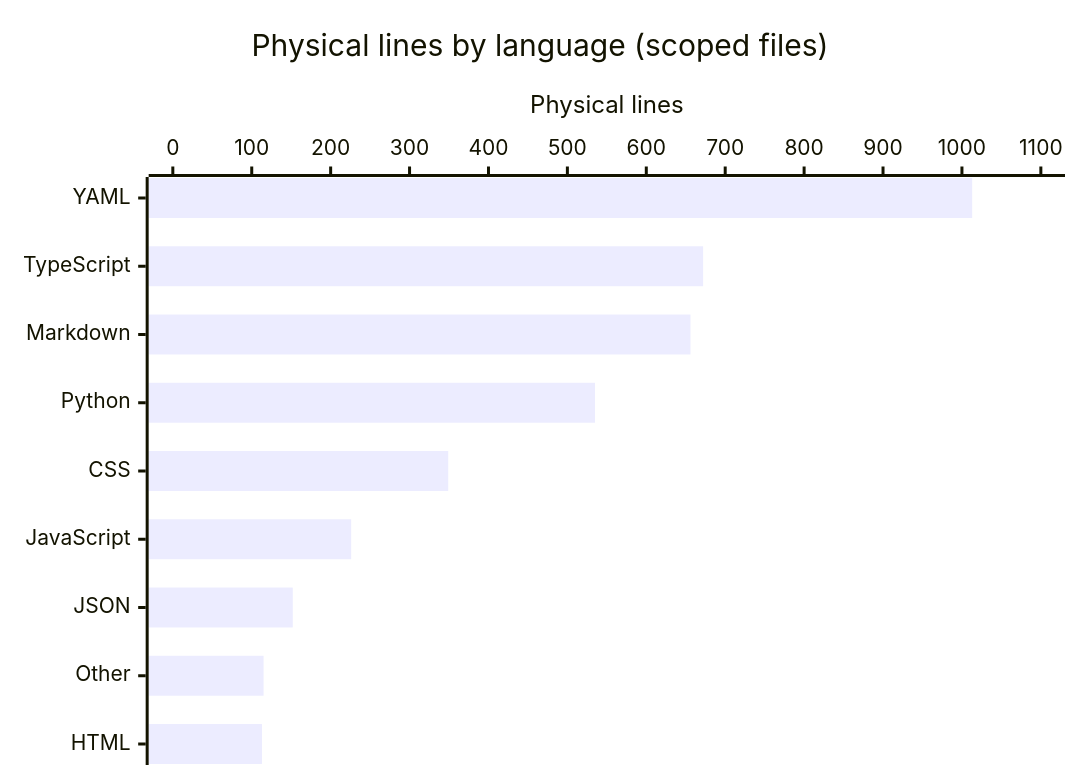
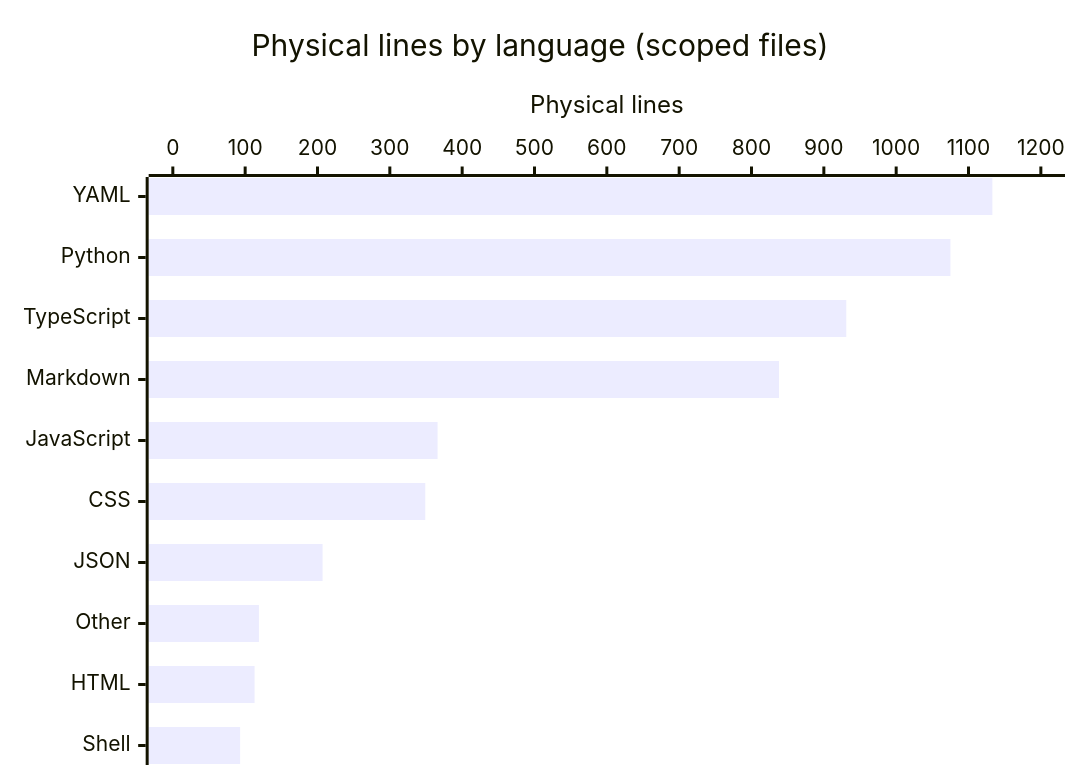
The diagram in droid-wiki/by-the-numbers.md (FranklinP44/ikigai), drawn with Mermaid before and after one commit. The commit also changed other lines of this file and 23 other files, not shown here.

````diff
--- a/droid-wiki/by-the-numbers.md
+++ b/droid-wiki/by-the-numbers.md
@@ -30,7 +34,7 @@
 ```mermaid
 xychart-beta horizontal
     title "Physical lines by language (scoped files)"
-    x-axis [YAML, TypeScript, Markdown, Python, CSS, JavaScript, JSON, Other, HTML]
-    y-axis "Physical lines" 0 --> 1100
-    bar [1013, 672, 656, 535, 349, 226, 152, 115, 113]
+    x-axis [YAML, Python, TypeScript, Markdown, JavaScript, CSS, JSON, Other, HTML, Shell]
+    y-axis "Physical lines" 0 --> 1200
+    bar [1133, 1075, 931, 838, 366, 349, 207, 119, 113, 93]
 ```
````
